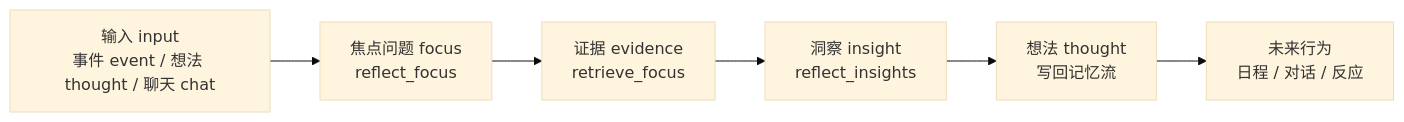
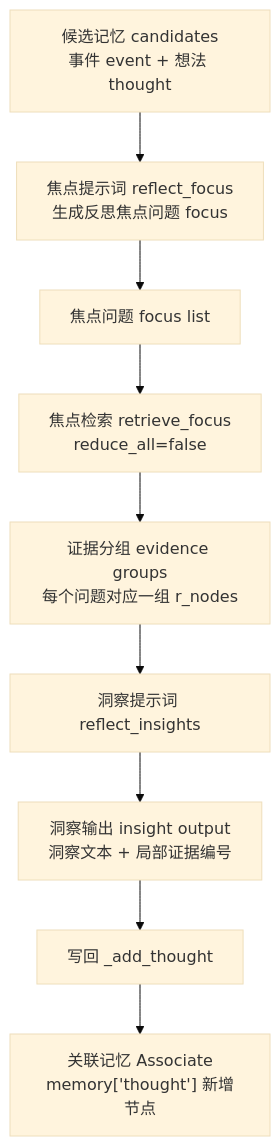
The second of 3 diagrams in docs/book/manuscript/part_01/chapter_07.md (tbkken/GenerativeAgentsCN), drawn with Mermaid (base theme) before and after one commit. The commit also changed other lines of this file and 78 other files, not shown here.

````diff
--- a/docs/book/manuscript/part_01/chapter_07.md
+++ b/docs/book/manuscript/part_01/chapter_07.md
@@ -56,8 +163,11 @@
 ```mermaid
-flowchart LR
-    Input["输入 input<br/>事件 event / 想法 thought / 聊天 chat"] --> Focus["焦点问题 focus<br/>reflect_focus"]
-    Focus --> Evidence["证据 evidence<br/>retrieve_focus"]
-    Evidence --> Insight["洞察 insight<br/>reflect_insights"]
-    Insight --> Thought["想法 thought<br/>写回记忆流"]
-    Thought --> Future["未来行为<br/>日程 / 对话 / 反应"]
+flowchart TD
+    Candidates["候选记忆 candidates<br/>事件 event + 想法 thought"] --> FocusPrompt["焦点提示词 reflect_focus<br/>生成反思焦点问题 focus"]
+    FocusPrompt --> FocusList["焦点问题 focus list"]
+    FocusList --> Retrieve["焦点检索 retrieve_focus<br/>reduce_all=false"]
+    Retrieve --> EvidenceGroups["证据分组 evidence groups<br/>每个问题对应一组 r_nodes"]
+    EvidenceGroups --> InsightPrompt["洞察提示词 reflect_insights"]
+    InsightPrompt --> InsightOutput["洞察输出 insight output<br/>洞察文本 + 局部证据编号"]
+    InsightOutput --> AddThought["写回 _add_thought"]
+    AddThought --> Associate["关联记忆 Associate<br/>memory['thought'] 新增节点"]
 ```
````
